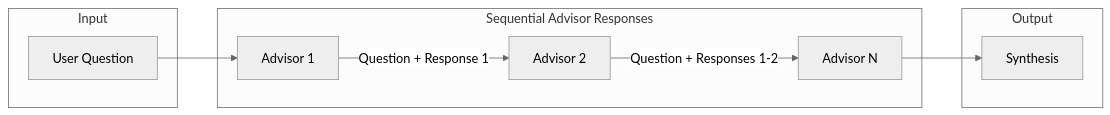
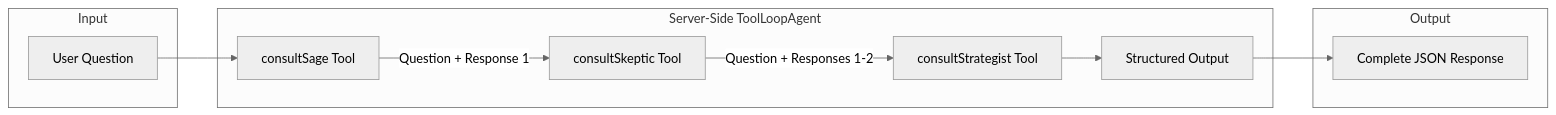
Before and after one commit to danlourenco/ai-council: the first of 4 diagrams in docs/brain-trust.md, drawn with Mermaid (neutral theme). The commit also changed other lines of this file and 5 other files, not shown here.

````diff
--- a/docs/brain-trust.md
+++ b/docs/brain-trust.md
@@ -7,21 +7,23 @@
 ```mermaid
 flowchart LR
     subgraph Input
         Q[User Question]
     end
 
-    subgraph "Sequential Advisor Responses"
-        A1[Advisor 1]
-        A2[Advisor 2]
-        A3[Advisor N]
+    subgraph "Server-Side ToolLoopAgent"
+        A1[consultSage Tool]
+        A2[consultSkeptic Tool]
+        A3[consultStrategist Tool]
+        S[Structured Output]
     end
 
     subgraph Output
-        S[Synthesis]
+        JSON[Complete JSON Response]
     end
 
     Q --> A1
     A1 -->|"Question + Response 1"| A2
     A2 -->|"Question + Responses 1-2"| A3
     A3 --> S
+    S --> JSON
 ```
````
